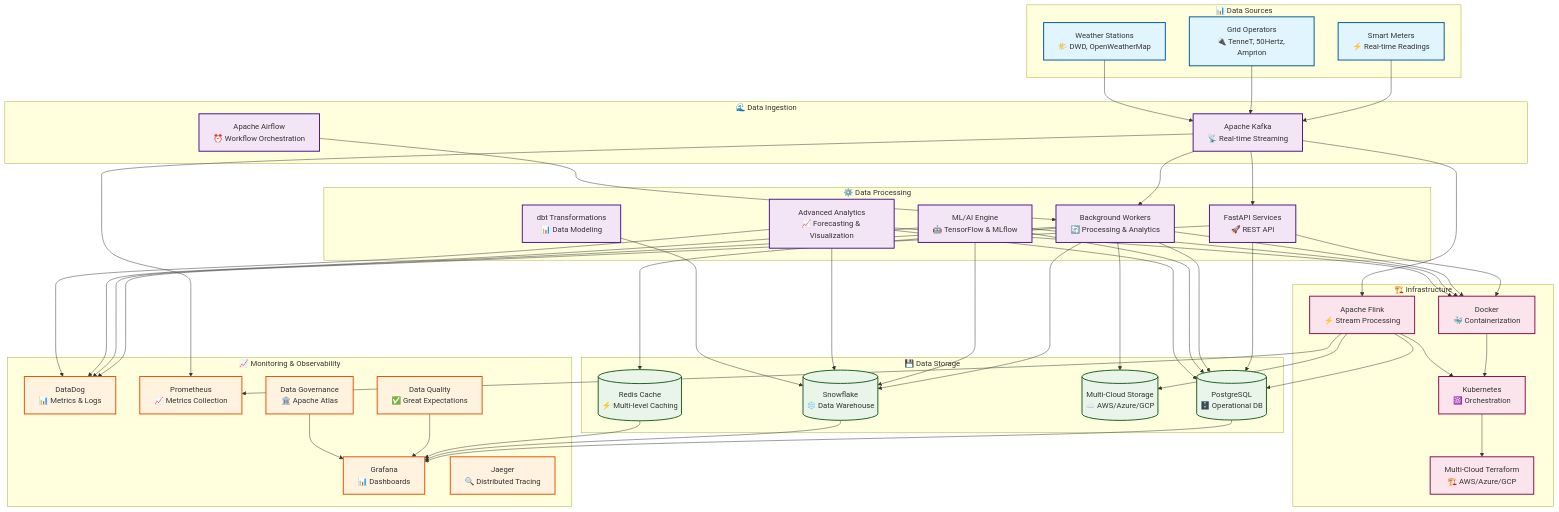
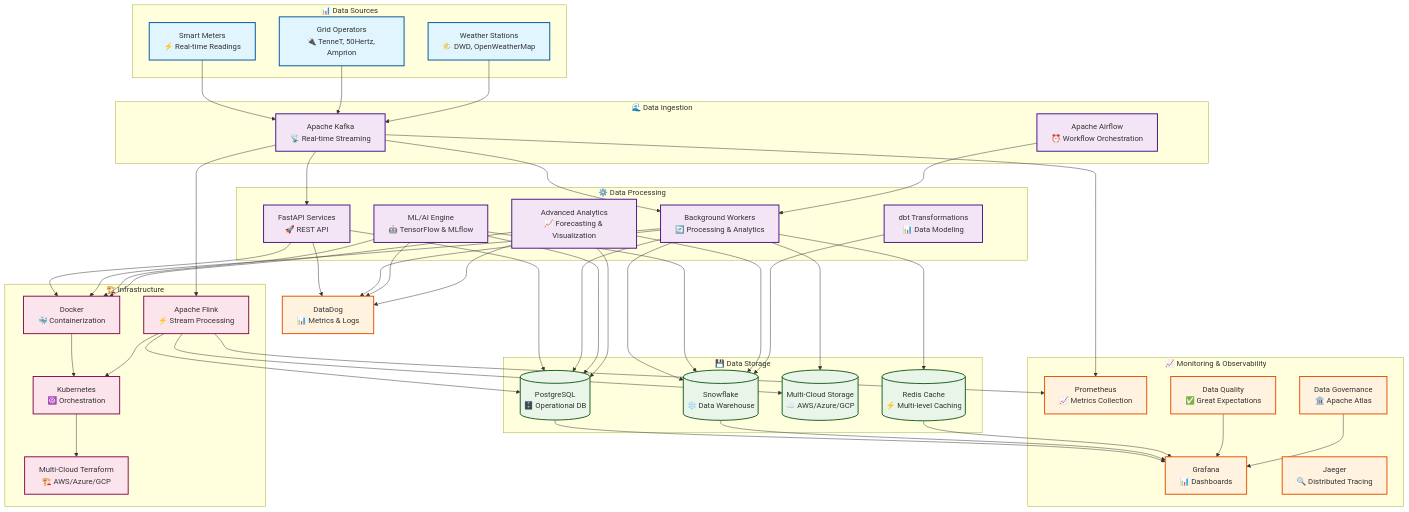
The diagram in README.md (kanhaiya-gupta/DataEngineering-metrify-smart-metering), drawn with Mermaid before and after one commit. The commit also changed 1 other file, not shown here.

```diff
--- a/README.md
+++ b/README.md
@@ -50,13 +50,15 @@
 
     %% Monitoring & Observability
     subgraph "📈 Monitoring & Observability"
-        DATADOG[DataDog<br/>📊 Metrics & Logs]
         PROMETHEUS[Prometheus<br/>📈 Metrics Collection]
         GRAFANA[Grafana<br/>📊 Dashboards]
         JAEGER[Jaeger<br/>🔍 Distributed Tracing]
         QUALITY[Data Quality<br/>✅ Great Expectations]
         GOVERNANCE[Data Governance<br/>🏛️ Apache Atlas]
     end
+
+    %% DataDog - Separate on the right
+    DATADOG[DataDog<br/>📊 Metrics & Logs]
 
     %% Data Flow
     SM --> KAFKA
```
